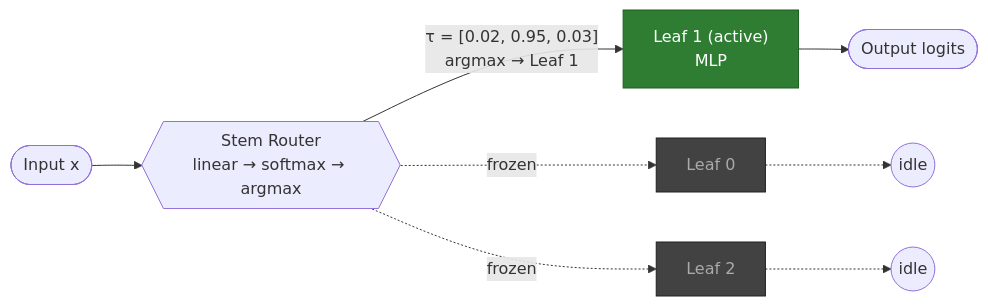
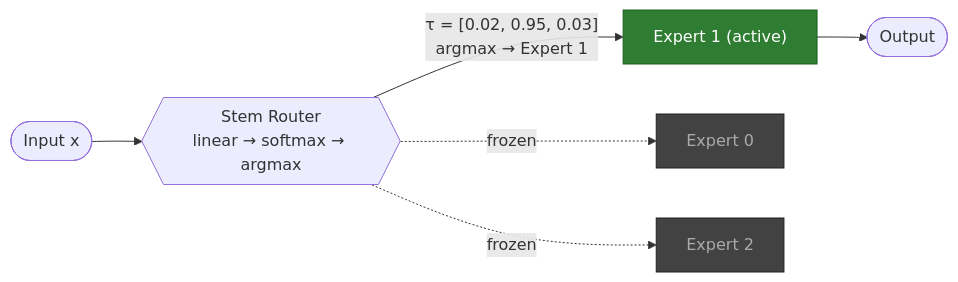
One commit to DDMX2022/das-framework changed the first of 2 diagrams in README.md. Above: the diagram before and after it, drawn with Mermaid. The commit also changed other lines of this file and 1 other file, not shown here.

````diff
--- a/README.md
+++ b/README.md
@@ -219,15 +162,12 @@
 ```mermaid
 flowchart LR
     X([Input x]) --> R{{"Stem Router<br/>linear → softmax → argmax"}}
-    R -- "τ = [0.02, 0.95, 0.03]<br/>argmax → Leaf 1" --> L1["Leaf 1 (active)<br/>MLP"]
-    R -. frozen .-> L0["Leaf 0"]
-    R -. frozen .-> L2["Leaf 2"]
-    L1 --> OUT([Output logits])
-    L0 -.-> X0((idle))
-    L2 -.-> X2((idle))
-
+    R -- "τ = [0.02, 0.95, 0.03]<br/>argmax → Expert 1" --> L1["Expert 1 (active)"]
+    R -. frozen .-> L0["Expert 0"]
+    R -. frozen .-> L2["Expert 2"]
+    L1 --> OUT([Output])
     classDef active fill:#2e7d32,stroke:#1b5e20,color:#fff;
     classDef idle fill:#424242,stroke:#212121,color:#aaa;
     class L1 active;
     class L0,L2 idle;
 ```
````
